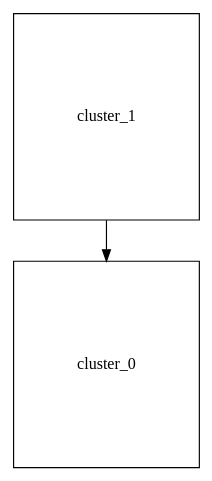
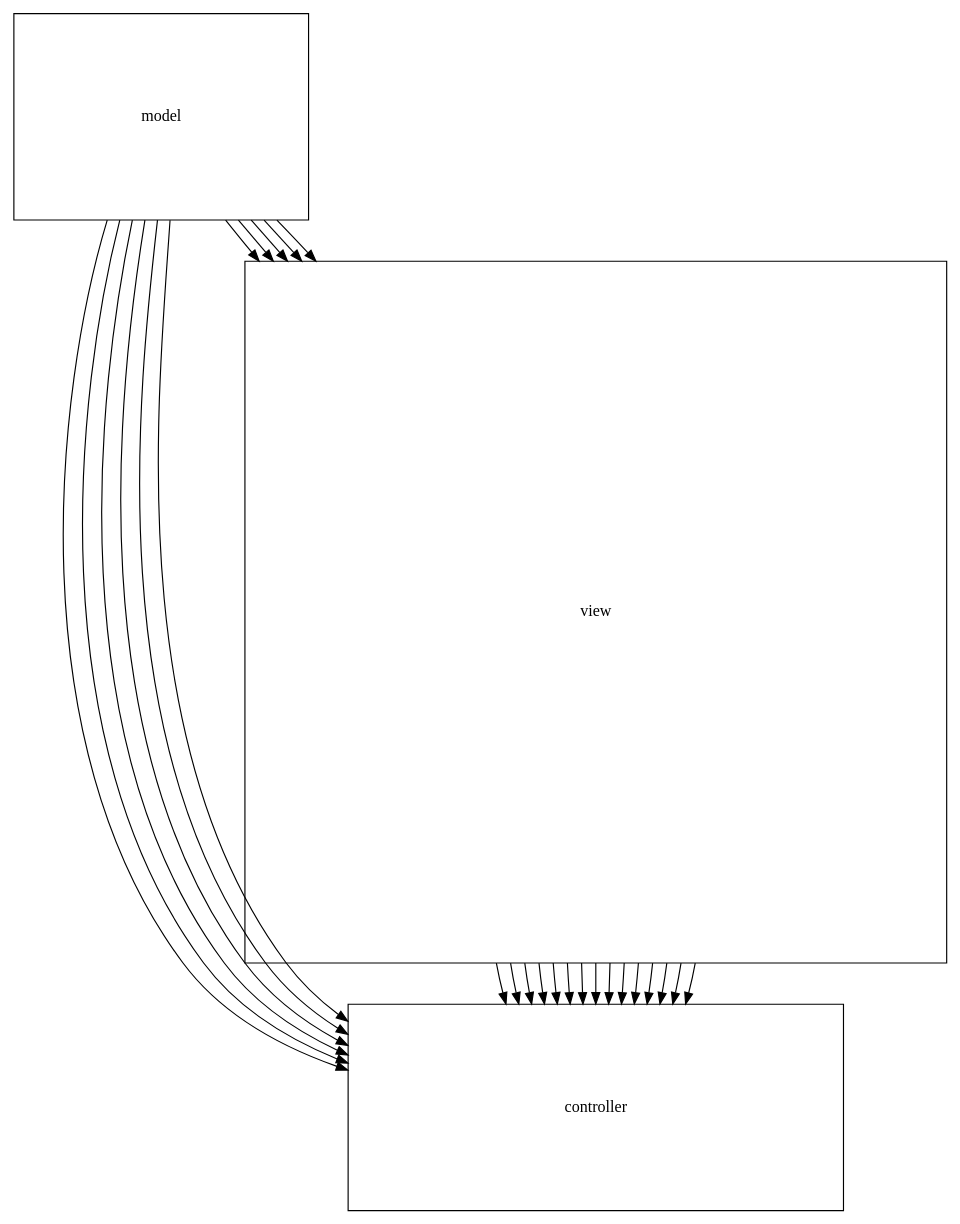
One commit to stefanrinderle/SoftViz3D changed the diagram in protected/runtime/temp.dot. Above: the diagram before and after it, drawn with Graphviz. The commit also changed 5 other files, not shown here.

```diff
--- a/protected/runtime/temp.dot
+++ b/protected/runtime/temp.dot
@@ -1,5 +1,31 @@
 digraph G {
-    cluster_1 [ shape=rectangle,width=2.25,height=2.5,fixedsize=true,type="node" ];
-    cluster_0 [ shape=rectangle,width=2.25,height=2.5,fixedsize=true,type="node" ];
-    cluster_1 -> cluster_0;
+    controller [ shape=rectangle,width=6,height=2.5,fixedsize=true,type="node" ];
+    view [ shape=rectangle,width=8.5,height=8.5,fixedsize=true,type="node" ];
+    model [ shape=rectangle,width=3.56666666667,height=2.5,fixedsize=true,type="node" ];
+    view -> controller;
+    view -> controller;
+    view -> controller;
+    view -> controller;
+    view -> controller;
+    view -> controller;
+    view -> controller;
+    view -> controller;
+    view -> controller;
+    view -> controller;
+    view -> controller;
+    view -> controller;
+    view -> controller;
+    view -> controller;
+    view -> controller;
+    model -> controller;
+    model -> controller;
+    model -> controller;
+    model -> controller;
+    model -> controller;
+    model -> controller;
+    model -> view;
+    model -> view;
+    model -> view;
+    model -> view;
+    model -> view;
 }
```
